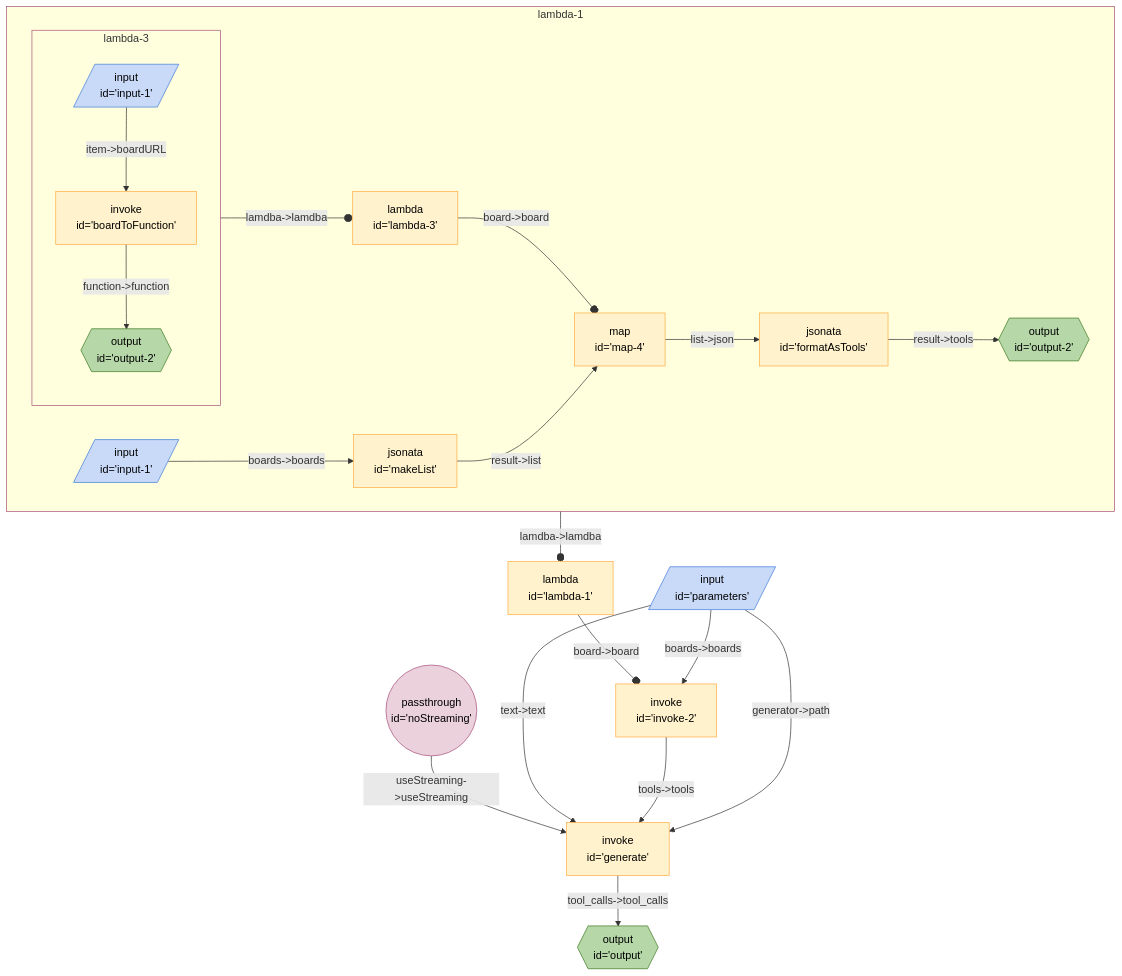
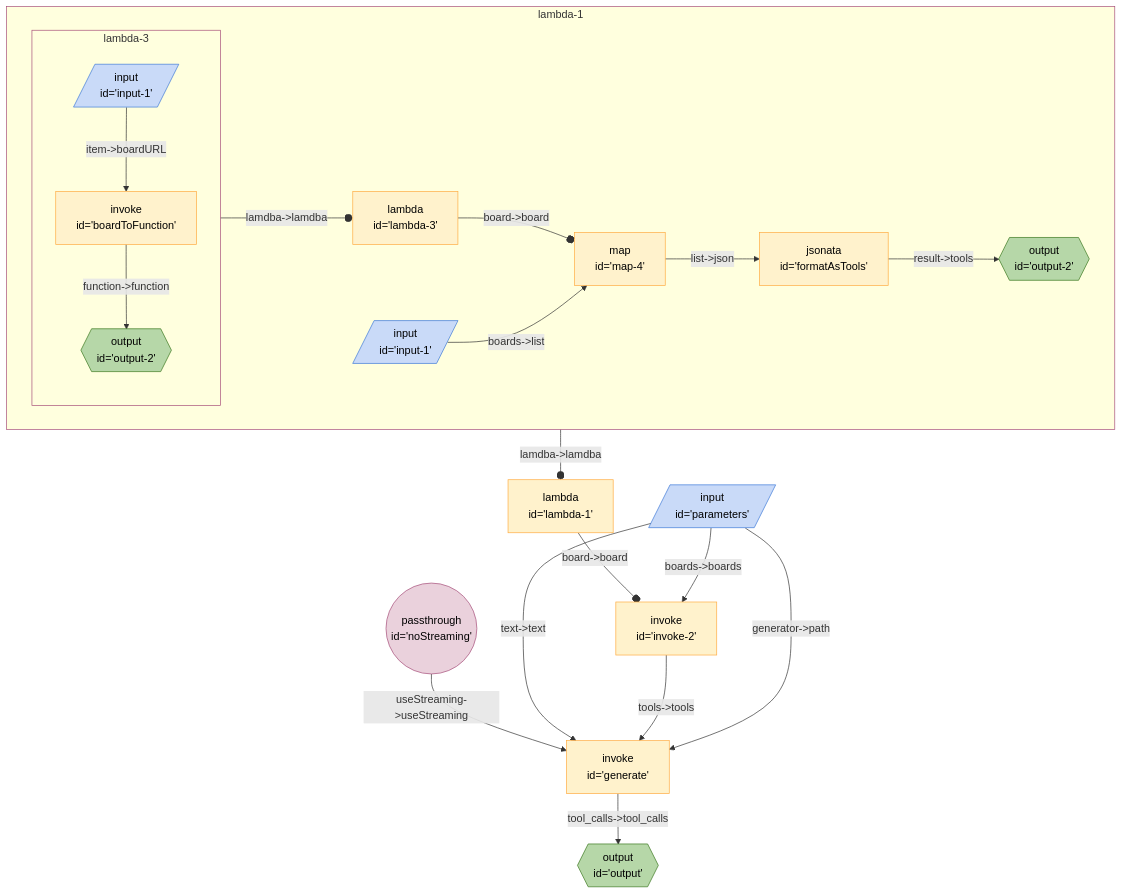
One commit to breadboard-ai/breadboard changed the diagram in seeds/breadboard-web/docs/graphs/board-caller.md. Above: the diagram before and after it, drawn with Mermaid. The commit also changed 4 other files, not shown here.

````diff
--- a/seeds/breadboard-web/docs/graphs/board-caller.md
+++ b/seeds/breadboard-web/docs/graphs/board-caller.md
@@ -3,34 +3,33 @@
 ```mermaid
 %%{init: 'themeVariables': { 'fontFamily': 'Fira Code, monospace' }}%%
 graph TD;
 lambda1["lambda <br> id='lambda-1'"] -- "board->board" --o invoke2["invoke <br> id='invoke-2'"]
 subgraph sg_lambda1 [lambda-1]
 lambda1_lambda3["lambda <br> id='lambda-3'"] -- "board->board" --o lambda1_map4["map <br> id='map-4'"]
 subgraph sg_lambda3 [lambda-3]
 lambda1_lambda3_boardToFunction["invoke <br> id='boardToFunction'"] -- "function->function" --> lambda1_lambda3_output2{{"output <br> id='output-2'"}}:::output
 lambda1_lambda3_input1[/"input <br> id='input-1'"/]:::input -- "item->boardURL" --> lambda1_lambda3_boardToFunction["invoke <br> id='boardToFunction'"]
 end
 sg_lambda3:::slotted -- "lamdba->lamdba" --o lambda1_lambda3
 
 lambda1_formatAsTools["jsonata <br> id='formatAsTools'"] -- "result->tools" --> lambda1_output2{{"output <br> id='output-2'"}}:::output
 lambda1_map4["map <br> id='map-4'"] -- "list->json" --> lambda1_formatAsTools["jsonata <br> id='formatAsTools'"]
-lambda1_makeList["jsonata <br> id='makeList'"] -- "result->list" --> lambda1_map4["map <br> id='map-4'"]
-lambda1_input1[/"input <br> id='input-1'"/]:::input -- "boards->boards" --> lambda1_makeList["jsonata <br> id='makeList'"]
+lambda1_input1[/"input <br> id='input-1'"/]:::input -- "boards->list" --> lambda1_map4["map <br> id='map-4'"]
 end
 sg_lambda1:::slotted -- "lamdba->lamdba" --o lambda1
 
 noStreaming(("passthrough <br> id='noStreaming'")):::passthrough -- "useStreaming->useStreaming" --> generate["invoke <br> id='generate'"]
 parameters[/"input <br> id='parameters'"/]:::input -- "text->text" --> generate["invoke <br> id='generate'"]
 invoke2["invoke <br> id='invoke-2'"] -- "tools->tools" --> generate["invoke <br> id='generate'"]
 parameters[/"input <br> id='parameters'"/]:::input -- "boards->boards" --> invoke2["invoke <br> id='invoke-2'"]
 generate["invoke <br> id='generate'"] -- "tool_calls->tool_calls" --> output{{"output <br> id='output'"}}:::output
 parameters[/"input <br> id='parameters'"/]:::input -- "generator->path" --> generate["invoke <br> id='generate'"]
 classDef default stroke:#ffab40,fill:#fff2ccff,color:#000
 classDef input stroke:#3c78d8,fill:#c9daf8ff,color:#000
 classDef output stroke:#38761d,fill:#b6d7a8ff,color:#000
 classDef passthrough stroke:#a64d79,fill:#ead1dcff,color:#000
 classDef slot stroke:#a64d79,fill:#ead1dcff,color:#000
 classDef config stroke:#a64d79,fill:#ead1dcff,color:#000
 classDef secrets stroke:#db4437,fill:#f4cccc,color:#000
 classDef slotted stroke:#a64d79
 ```
````
